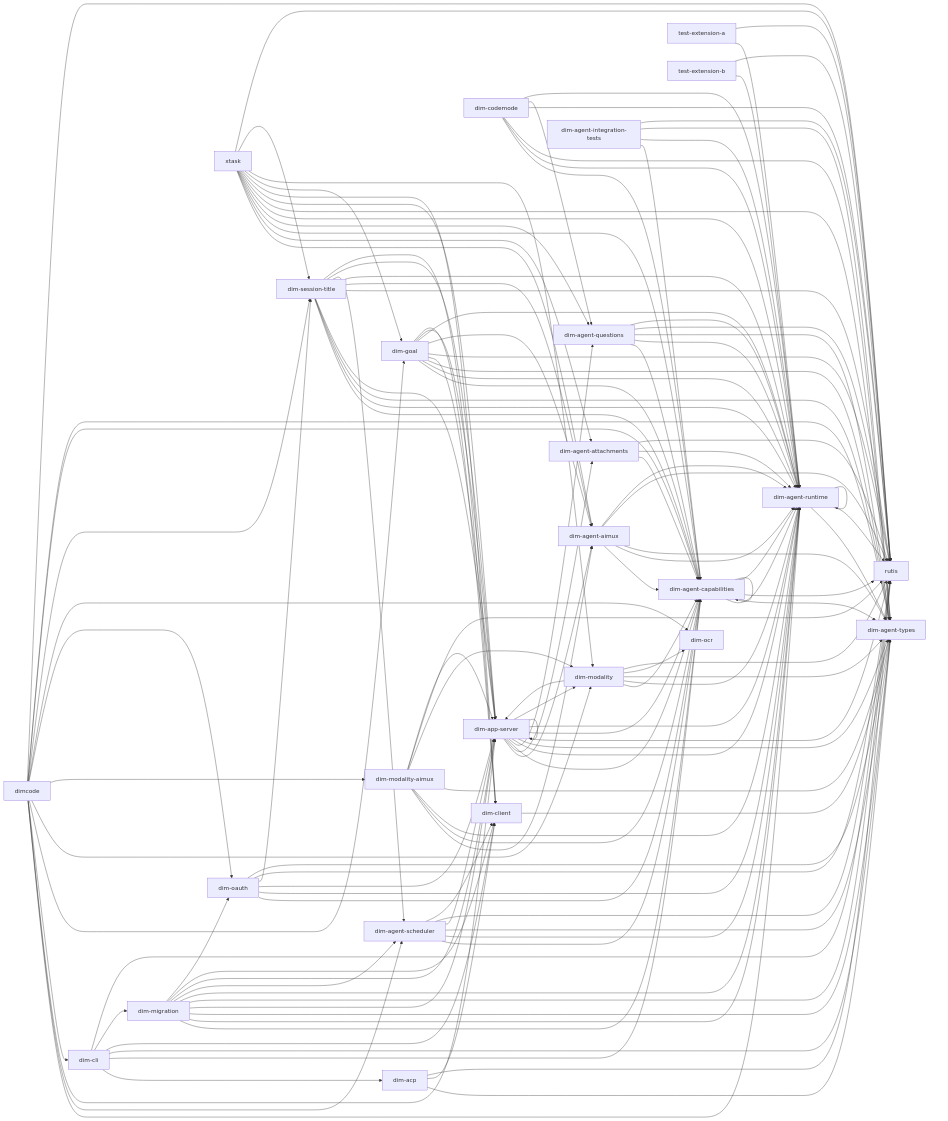
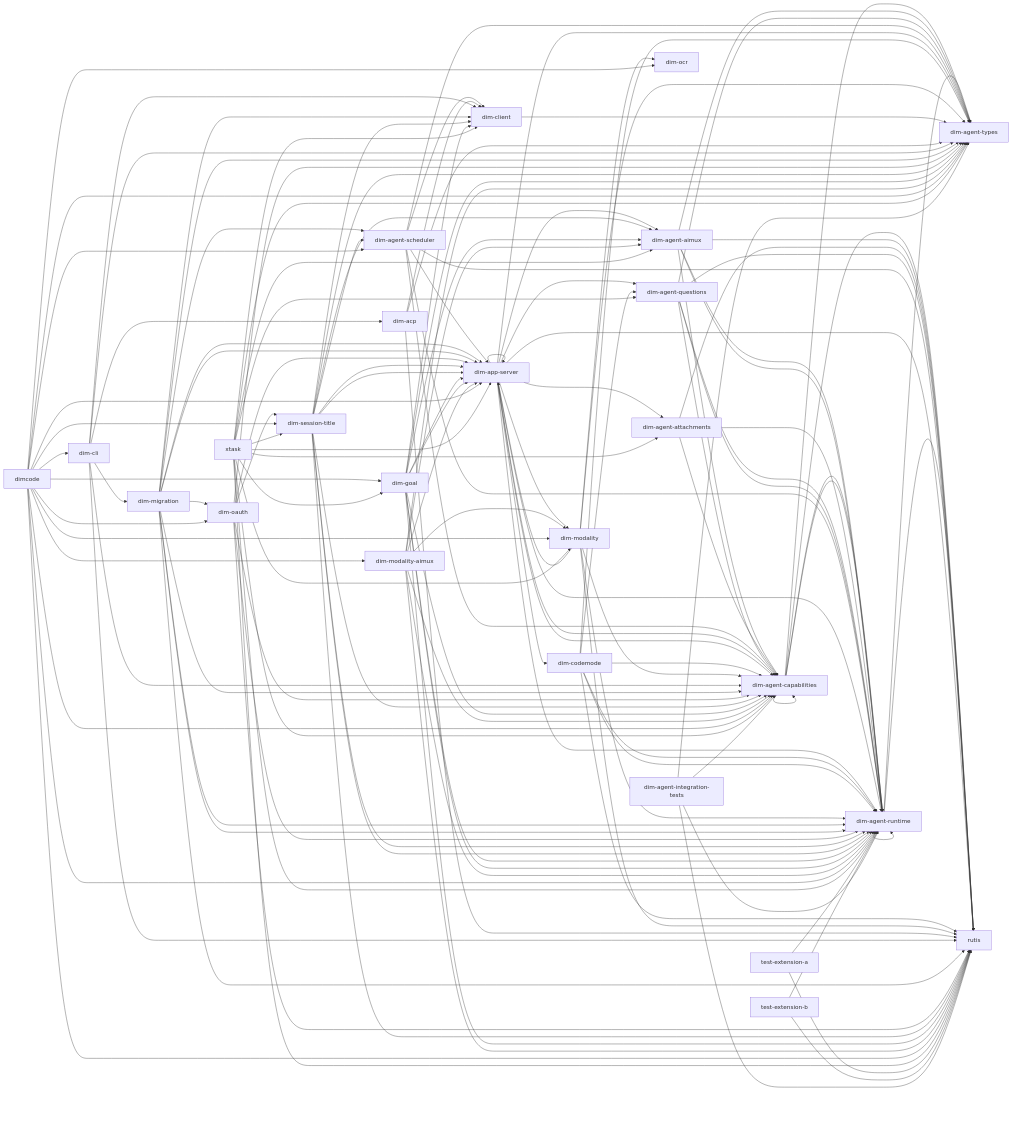
One commit to CoutinhoTTS/dim-agent changed the diagram in docs/architecture/rust-agent/generated/crates.mmd. Above: the diagram before and after it, drawn with Mermaid. The commit also changed 9 other files, not shown here.

```diff
--- a/docs/architecture/rust-agent/generated/crates.mmd
+++ b/docs/architecture/rust-agent/generated/crates.mmd
@@ -1,137 +1,138 @@
 %% Generated from cargo metadata; do not edit.
 flowchart LR
   dim_agent_runtime["dim-agent-runtime"] --> dim_agent_types["dim-agent-types"]
   dim_agent_runtime["dim-agent-runtime"] --> rutis["rutis"]
   dim_agent_runtime["dim-agent-runtime"] --> dim_agent_runtime["dim-agent-runtime"]
   dim_agent_capabilities["dim-agent-capabilities"] --> dim_agent_runtime["dim-agent-runtime"]
   dim_agent_capabilities["dim-agent-capabilities"] --> dim_agent_types["dim-agent-types"]
   dim_agent_capabilities["dim-agent-capabilities"] --> rutis["rutis"]
   dim_agent_capabilities["dim-agent-capabilities"] --> dim_agent_capabilities["dim-agent-capabilities"]
   dim_agent_capabilities["dim-agent-capabilities"] --> dim_agent_runtime["dim-agent-runtime"]
   dim_agent_aimux["dim-agent-aimux"] --> dim_agent_capabilities["dim-agent-capabilities"]
   dim_agent_aimux["dim-agent-aimux"] --> dim_agent_runtime["dim-agent-runtime"]
   dim_agent_aimux["dim-agent-aimux"] --> dim_agent_types["dim-agent-types"]
   dim_agent_aimux["dim-agent-aimux"] --> rutis["rutis"]
   dim_agent_aimux["dim-agent-aimux"] --> dim_agent_runtime["dim-agent-runtime"]
   dim_agent_attachments["dim-agent-attachments"] --> dim_agent_capabilities["dim-agent-capabilities"]
   dim_agent_attachments["dim-agent-attachments"] --> dim_agent_runtime["dim-agent-runtime"]
   dim_agent_attachments["dim-agent-attachments"] --> rutis["rutis"]
   dim_agent_questions["dim-agent-questions"] --> dim_agent_capabilities["dim-agent-capabilities"]
   dim_agent_questions["dim-agent-questions"] --> dim_agent_runtime["dim-agent-runtime"]
   dim_agent_questions["dim-agent-questions"] --> dim_agent_types["dim-agent-types"]
   dim_agent_questions["dim-agent-questions"] --> rutis["rutis"]
   dim_agent_questions["dim-agent-questions"] --> dim_agent_runtime["dim-agent-runtime"]
   dim_agent_scheduler["dim-agent-scheduler"] --> dim_agent_capabilities["dim-agent-capabilities"]
   dim_agent_scheduler["dim-agent-scheduler"] --> dim_agent_runtime["dim-agent-runtime"]
   dim_agent_scheduler["dim-agent-scheduler"] --> dim_agent_types["dim-agent-types"]
   dim_agent_scheduler["dim-agent-scheduler"] --> dim_app_server["dim-app-server"]
   dim_agent_scheduler["dim-agent-scheduler"] --> rutis["rutis"]
   dim_agent_scheduler["dim-agent-scheduler"] --> dim_client["dim-client"]
   dim_app_server["dim-app-server"] --> dim_agent_aimux["dim-agent-aimux"]
   dim_app_server["dim-app-server"] --> dim_agent_attachments["dim-agent-attachments"]
   dim_app_server["dim-app-server"] --> dim_agent_capabilities["dim-agent-capabilities"]
   dim_app_server["dim-app-server"] --> dim_agent_questions["dim-agent-questions"]
   dim_app_server["dim-app-server"] --> dim_agent_runtime["dim-agent-runtime"]
   dim_app_server["dim-app-server"] --> dim_agent_types["dim-agent-types"]
+  dim_app_server["dim-app-server"] --> dim_codemode["dim-codemode"]
   dim_app_server["dim-app-server"] --> rutis["rutis"]
   dim_app_server["dim-app-server"] --> dim_agent_capabilities["dim-agent-capabilities"]
   dim_app_server["dim-app-server"] --> dim_agent_runtime["dim-agent-runtime"]
   dim_app_server["dim-app-server"] --> dim_app_server["dim-app-server"]
   dim_app_server["dim-app-server"] --> dim_modality["dim-modality"]
+  dim_codemode["dim-codemode"] --> dim_agent_capabilities["dim-agent-capabilities"]
+  dim_codemode["dim-codemode"] --> dim_agent_runtime["dim-agent-runtime"]
+  dim_codemode["dim-codemode"] --> dim_agent_types["dim-agent-types"]
+  dim_codemode["dim-codemode"] --> rutis["rutis"]
+  dim_codemode["dim-codemode"] --> dim_agent_questions["dim-agent-questions"]
+  dim_codemode["dim-codemode"] --> dim_agent_runtime["dim-agent-runtime"]
   dim_modality["dim-modality"] --> dim_agent_capabilities["dim-agent-capabilities"]
   dim_modality["dim-modality"] --> dim_agent_runtime["dim-agent-runtime"]
   dim_modality["dim-modality"] --> dim_agent_types["dim-agent-types"]
   dim_modality["dim-modality"] --> dim_app_server["dim-app-server"]
   dim_modality["dim-modality"] --> dim_ocr["dim-ocr"]
   dim_modality["dim-modality"] --> rutis["rutis"]
   dim_client["dim-client"] --> dim_agent_types["dim-agent-types"]
   dim_acp["dim-acp"] --> dim_agent_types["dim-agent-types"]
   dim_acp["dim-acp"] --> dim_client["dim-client"]
   dim_acp["dim-acp"] --> rutis["rutis"]
   dim_cli["dim-cli"] --> dim_acp["dim-acp"]
   dim_cli["dim-cli"] --> dim_agent_capabilities["dim-agent-capabilities"]
   dim_cli["dim-cli"] --> dim_agent_types["dim-agent-types"]
   dim_cli["dim-cli"] --> dim_client["dim-client"]
   dim_cli["dim-cli"] --> dim_migration["dim-migration"]
   dim_cli["dim-cli"] --> rutis["rutis"]
   dim_migration["dim-migration"] --> dim_agent_capabilities["dim-agent-capabilities"]
   dim_migration["dim-migration"] --> dim_agent_runtime["dim-agent-runtime"]
   dim_migration["dim-migration"] --> dim_agent_types["dim-agent-types"]
   dim_migration["dim-migration"] --> dim_app_server["dim-app-server"]
   dim_migration["dim-migration"] --> rutis["rutis"]
   dim_migration["dim-migration"] --> dim_agent_runtime["dim-agent-runtime"]
   dim_migration["dim-migration"] --> dim_agent_scheduler["dim-agent-scheduler"]
   dim_migration["dim-migration"] --> dim_app_server["dim-app-server"]
   dim_migration["dim-migration"] --> dim_client["dim-client"]
   dim_migration["dim-migration"] --> dim_oauth["dim-oauth"]
   dim_oauth["dim-oauth"] --> dim_agent_capabilities["dim-agent-capabilities"]
   dim_oauth["dim-oauth"] --> dim_agent_runtime["dim-agent-runtime"]
   dim_oauth["dim-oauth"] --> dim_app_server["dim-app-server"]
   dim_oauth["dim-oauth"] --> dim_session_title["dim-session-title"]
   dim_oauth["dim-oauth"] --> rutis["rutis"]
   dim_oauth["dim-oauth"] --> dim_agent_types["dim-agent-types"]
   dim_session_title["dim-session-title"] --> dim_agent_capabilities["dim-agent-capabilities"]
   dim_session_title["dim-session-title"] --> dim_agent_runtime["dim-agent-runtime"]
   dim_session_title["dim-session-title"] --> dim_agent_types["dim-agent-types"]
   dim_session_title["dim-session-title"] --> dim_app_server["dim-app-server"]
   dim_session_title["dim-session-title"] --> rutis["rutis"]
   dim_session_title["dim-session-title"] --> dim_agent_aimux["dim-agent-aimux"]
   dim_session_title["dim-session-title"] --> dim_agent_runtime["dim-agent-runtime"]
   dim_session_title["dim-session-title"] --> dim_agent_scheduler["dim-agent-scheduler"]
   dim_session_title["dim-session-title"] --> dim_app_server["dim-app-server"]
   dim_session_title["dim-session-title"] --> dim_client["dim-client"]
   dim_goal["dim-goal"] --> dim_agent_capabilities["dim-agent-capabilities"]
   dim_goal["dim-goal"] --> dim_agent_runtime["dim-agent-runtime"]
   dim_goal["dim-goal"] --> dim_agent_types["dim-agent-types"]
   dim_goal["dim-goal"] --> dim_app_server["dim-app-server"]
   dim_goal["dim-goal"] --> rutis["rutis"]
   dim_goal["dim-goal"] --> dim_agent_aimux["dim-agent-aimux"]
   dim_goal["dim-goal"] --> dim_agent_runtime["dim-agent-runtime"]
   dim_goal["dim-goal"] --> dim_app_server["dim-app-server"]
   dim_goal["dim-goal"] --> dim_client["dim-client"]
-  dim_codemode["dim-codemode"] --> dim_agent_capabilities["dim-agent-capabilities"]
-  dim_codemode["dim-codemode"] --> dim_agent_runtime["dim-agent-runtime"]
-  dim_codemode["dim-codemode"] --> dim_agent_types["dim-agent-types"]
-  dim_codemode["dim-codemode"] --> rutis["rutis"]
-  dim_codemode["dim-codemode"] --> dim_agent_questions["dim-agent-questions"]
-  dim_codemode["dim-codemode"] --> dim_agent_runtime["dim-agent-runtime"]
   dim_modality_aimux["dim-modality-aimux"] --> dim_agent_aimux["dim-agent-aimux"]
   dim_modality_aimux["dim-modality-aimux"] --> dim_agent_capabilities["dim-agent-capabilities"]
   dim_modality_aimux["dim-modality-aimux"] --> dim_agent_runtime["dim-agent-runtime"]
   dim_modality_aimux["dim-modality-aimux"] --> dim_agent_types["dim-agent-types"]
   dim_modality_aimux["dim-modality-aimux"] --> dim_modality["dim-modality"]
   dim_modality_aimux["dim-modality-aimux"] --> rutis["rutis"]
   dim_modality_aimux["dim-modality-aimux"] --> dim_app_server["dim-app-server"]
   dimcode["dimcode"] --> dim_agent_runtime["dim-agent-runtime"]
   dimcode["dimcode"] --> dim_agent_scheduler["dim-agent-scheduler"]
   dimcode["dimcode"] --> dim_app_server["dim-app-server"]
   dimcode["dimcode"] --> dim_cli["dim-cli"]
   dimcode["dimcode"] --> dim_goal["dim-goal"]
   dimcode["dimcode"] --> dim_modality["dim-modality"]
   dimcode["dimcode"] --> dim_modality_aimux["dim-modality-aimux"]
   dimcode["dimcode"] --> dim_oauth["dim-oauth"]
   dimcode["dimcode"] --> dim_ocr["dim-ocr"]
   dimcode["dimcode"] --> dim_session_title["dim-session-title"]
   dimcode["dimcode"] --> dim_agent_capabilities["dim-agent-capabilities"]
   dimcode["dimcode"] --> dim_agent_types["dim-agent-types"]
   dimcode["dimcode"] --> rutis["rutis"]
   xtask["xtask"] --> dim_agent_aimux["dim-agent-aimux"]
   xtask["xtask"] --> dim_agent_attachments["dim-agent-attachments"]
   xtask["xtask"] --> dim_agent_capabilities["dim-agent-capabilities"]
   xtask["xtask"] --> dim_agent_questions["dim-agent-questions"]
   xtask["xtask"] --> dim_agent_runtime["dim-agent-runtime"]
   xtask["xtask"] --> dim_agent_types["dim-agent-types"]
   xtask["xtask"] --> dim_app_server["dim-app-server"]
   xtask["xtask"] --> dim_client["dim-client"]
   xtask["xtask"] --> dim_goal["dim-goal"]
   xtask["xtask"] --> dim_modality["dim-modality"]
   xtask["xtask"] --> dim_session_title["dim-session-title"]
   xtask["xtask"] --> rutis["rutis"]
   test_extension_a["test-extension-a"] --> dim_agent_runtime["dim-agent-runtime"]
   test_extension_a["test-extension-a"] --> rutis["rutis"]
   test_extension_b["test-extension-b"] --> dim_agent_runtime["dim-agent-runtime"]
   test_extension_b["test-extension-b"] --> rutis["rutis"]
   dim_agent_integration_tests["dim-agent-integration-tests"] --> dim_agent_capabilities["dim-agent-capabilities"]
   dim_agent_integration_tests["dim-agent-integration-tests"] --> dim_agent_runtime["dim-agent-runtime"]
   dim_agent_integration_tests["dim-agent-integration-tests"] --> dim_agent_types["dim-agent-types"]
   dim_agent_integration_tests["dim-agent-integration-tests"] --> rutis["rutis"]
```
